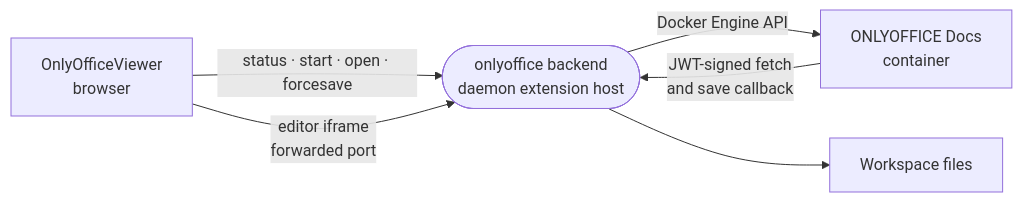
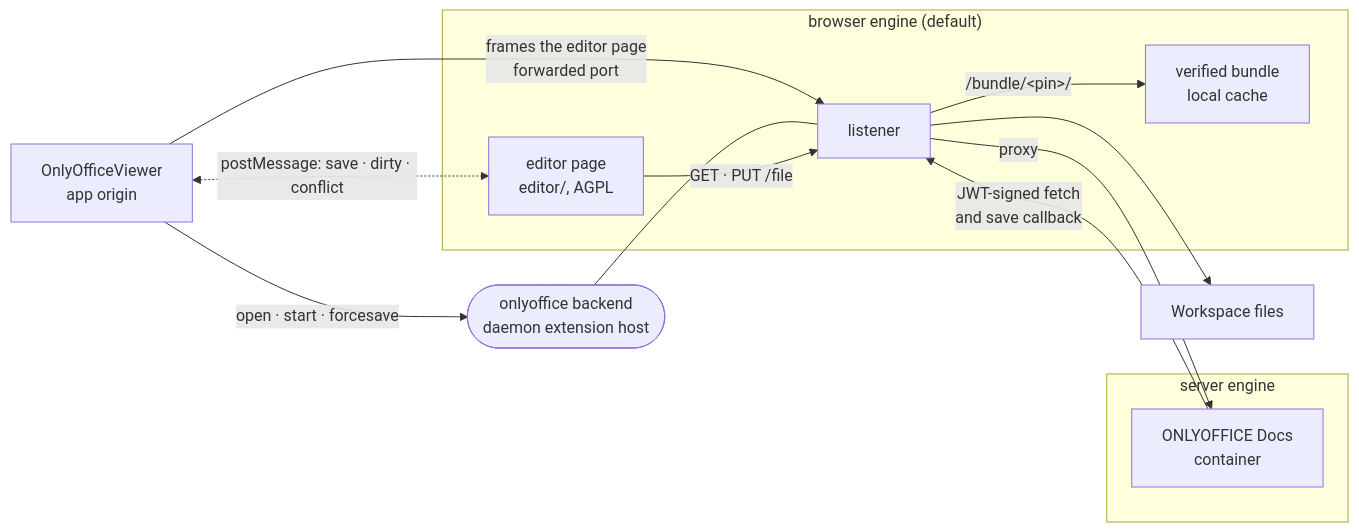
One commit to intentic/intentic changed the diagram in _extensions/onlyoffice/README.md. Above: the diagram before and after it, drawn with Mermaid. The commit also changed other lines of this file and 62 other files, not shown here.

First line of the commit message:
feat(onlyoffice): add engine setting and wire createBrowserEngine through browser-routes

````diff
--- a/_extensions/onlyoffice/README.md
+++ b/_extensions/onlyoffice/README.md
@@ -5,8 +5,16 @@
 ```mermaid
 flowchart LR
-    viewer["OnlyOfficeViewer<br/>browser"] -->|"status · start · open · forcesave"| ext(["onlyoffice backend<br/>daemon extension host"])
-    ext -->|"Docker Engine API"| docs["ONLYOFFICE Docs<br/>container"]
-    viewer -->|"editor iframe<br/>forwarded port"| ext
-    docs -->|"JWT-signed fetch<br/>and save callback"| ext
-    ext --> files["Workspace files"]
+    viewer["OnlyOfficeViewer<br/>app origin"] -->|"open · start · forcesave"| ext(["onlyoffice backend<br/>daemon extension host"])
+    viewer -->|"frames the editor page<br/>forwarded port"| listener["listener"]
+    ext --- listener
+    subgraph browser["browser engine (default)"]
+        page["editor page<br/>editor/, AGPL"] -->|"GET · PUT /file"| listener
+        listener -->|"/bundle/&lt;pin&gt;/"| bundle["verified bundle<br/>local cache"]
+    end
+    subgraph server["server engine"]
+        listener -->|"proxy"| docs["ONLYOFFICE Docs<br/>container"]
+        docs -->|"JWT-signed fetch<br/>and save callback"| listener
+    end
+    viewer <-.->|"postMessage: save · dirty · conflict"| page
+    listener --> files["Workspace files"]
 ```
````
